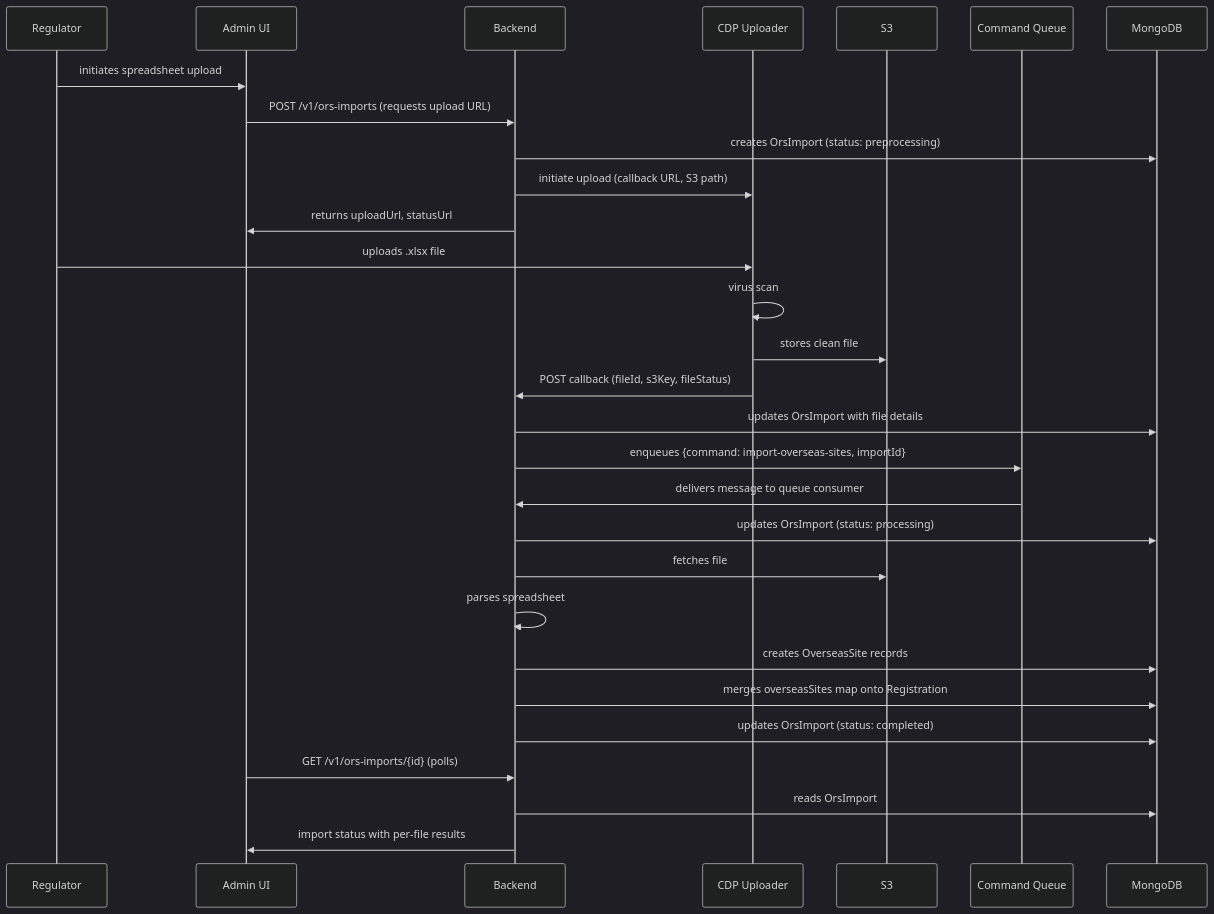
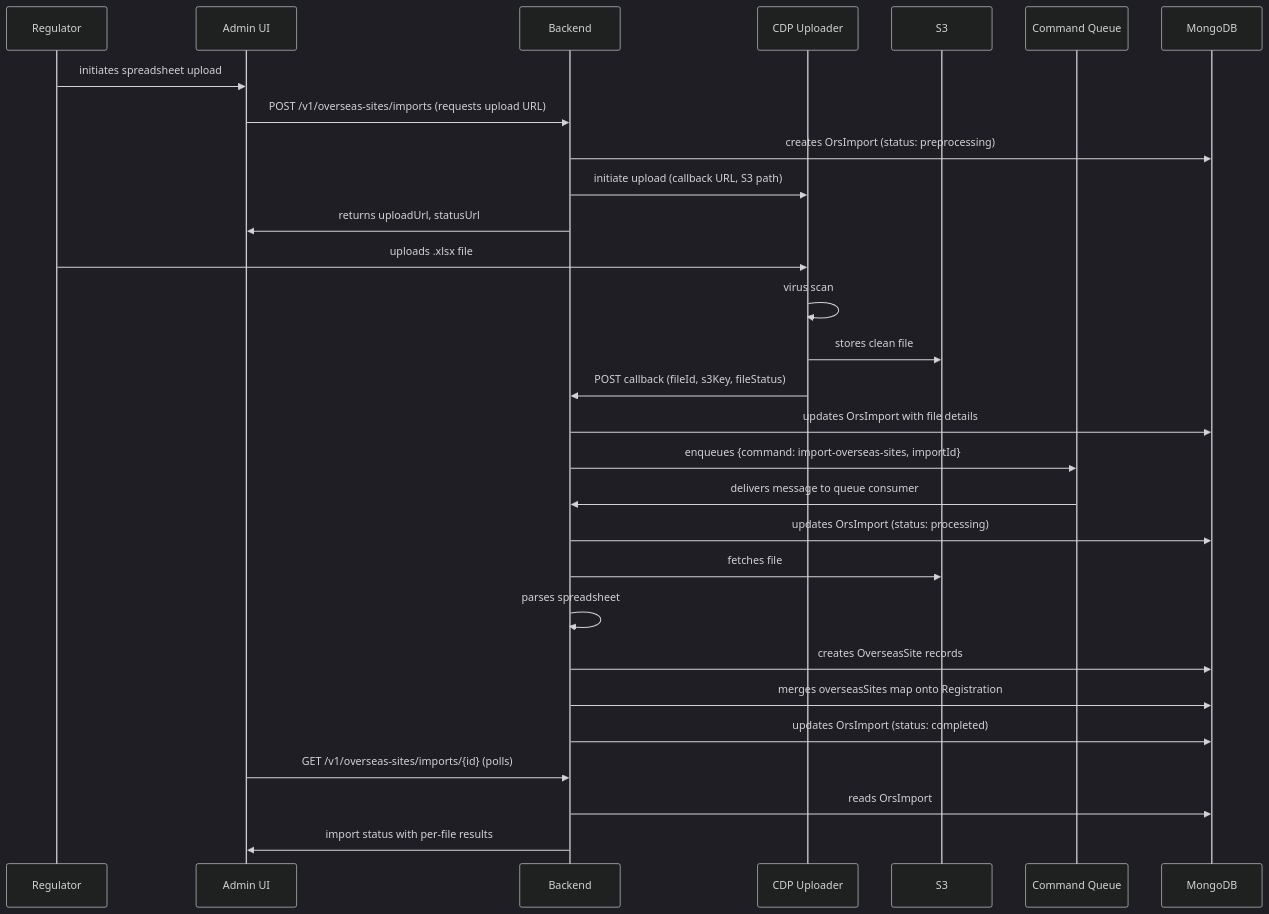
The third of 3 diagrams in docs/architecture/discovery/ors-management.md (DEFRA/epr-re-ex-service), drawn with Mermaid (dark theme) before and after one commit. The commit also changed other lines of this file, not shown here.

First line of the commit message:
PAE-763: move import endpoints under /v1/overseas-sites/imports

````diff
--- a/docs/architecture/discovery/ors-management.md
+++ b/docs/architecture/discovery/ors-management.md
@@ -233,35 +233,35 @@
 ```mermaid
 sequenceDiagram
   participant Regulator
   participant Admin UI
   participant Backend
   participant CDP Uploader
   participant S3
   participant SQS as Command Queue
   participant MongoDB
 
   Regulator->>Admin UI: initiates spreadsheet upload
-  Admin UI->>Backend: POST /v1/ors-imports (requests upload URL)
+  Admin UI->>Backend: POST /v1/overseas-sites/imports (requests upload URL)
   Backend->>MongoDB: creates OrsImport (status: preprocessing)
   Backend->>CDP Uploader: initiate upload (callback URL, S3 path)
   Backend->>Admin UI: returns uploadUrl, statusUrl
 
   Regulator->>CDP Uploader: uploads .xlsx file
   CDP Uploader->>CDP Uploader: virus scan
   CDP Uploader->>S3: stores clean file
   CDP Uploader->>Backend: POST callback (fileId, s3Key, fileStatus)
   Backend->>MongoDB: updates OrsImport with file details
   Backend->>SQS: enqueues {command: import-overseas-sites, importId}
 
   SQS->>Backend: delivers message to queue consumer
   Backend->>MongoDB: updates OrsImport (status: processing)
   Backend->>S3: fetches file
   Backend->>Backend: parses spreadsheet
   Backend->>MongoDB: creates OverseasSite records
   Backend->>MongoDB: merges overseasSites map onto Registration
   Backend->>MongoDB: updates OrsImport (status: completed)
 
-  Admin UI->>Backend: GET /v1/ors-imports/{id} (polls)
+  Admin UI->>Backend: GET /v1/overseas-sites/imports/{id} (polls)
   Backend->>MongoDB: reads OrsImport
   Backend->>Admin UI: import status with per-file results
 ```
````
